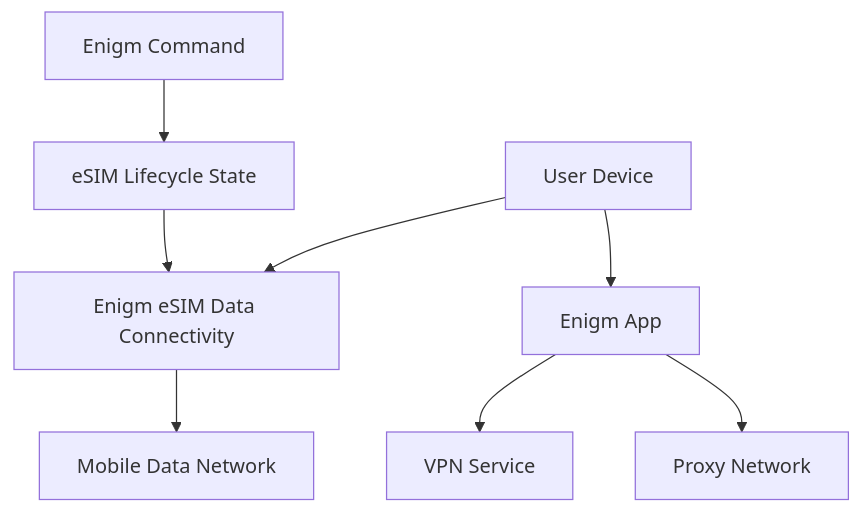
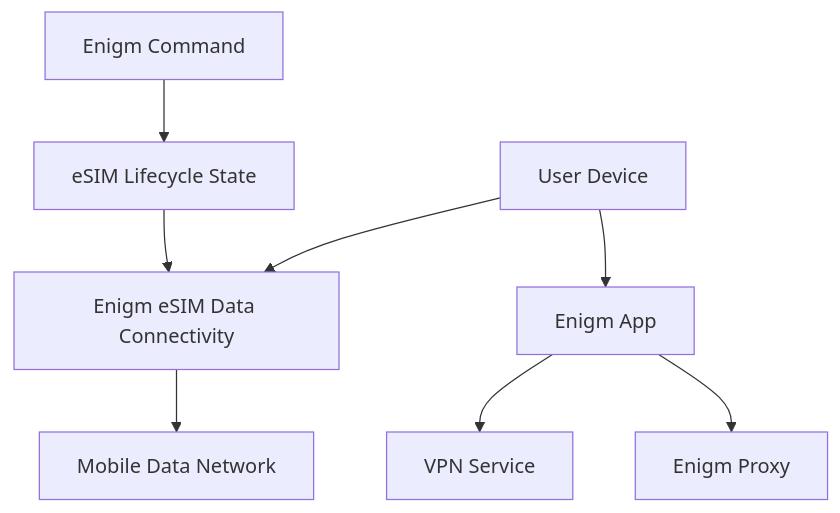
The diagram in esim/overview.mdx (enigm-llc/docs), drawn with Mermaid before and after one commit. The commit also changed other lines of this file and 21 other files, not shown here.

````diff
--- a/esim/overview.mdx
+++ b/esim/overview.mdx
@@ -21,18 +21,18 @@
 ```mermaid
 flowchart TD
   Command["Enigm Command"]
   Lifecycle["eSIM Lifecycle State"]
   Device["User Device"]
   ESIM["Enigm eSIM Data Connectivity"]
   Network["Mobile Data Network"]
   VPN["VPN Service"]
-  Proxy["Proxy Network"]
+  Proxy["Enigm Proxy"]
   App["Enigm App"]
 
   Command --> Lifecycle
   Lifecycle --> ESIM
   Device --> ESIM --> Network
   Device --> App
   App --> VPN
   App --> Proxy
 ```
````
